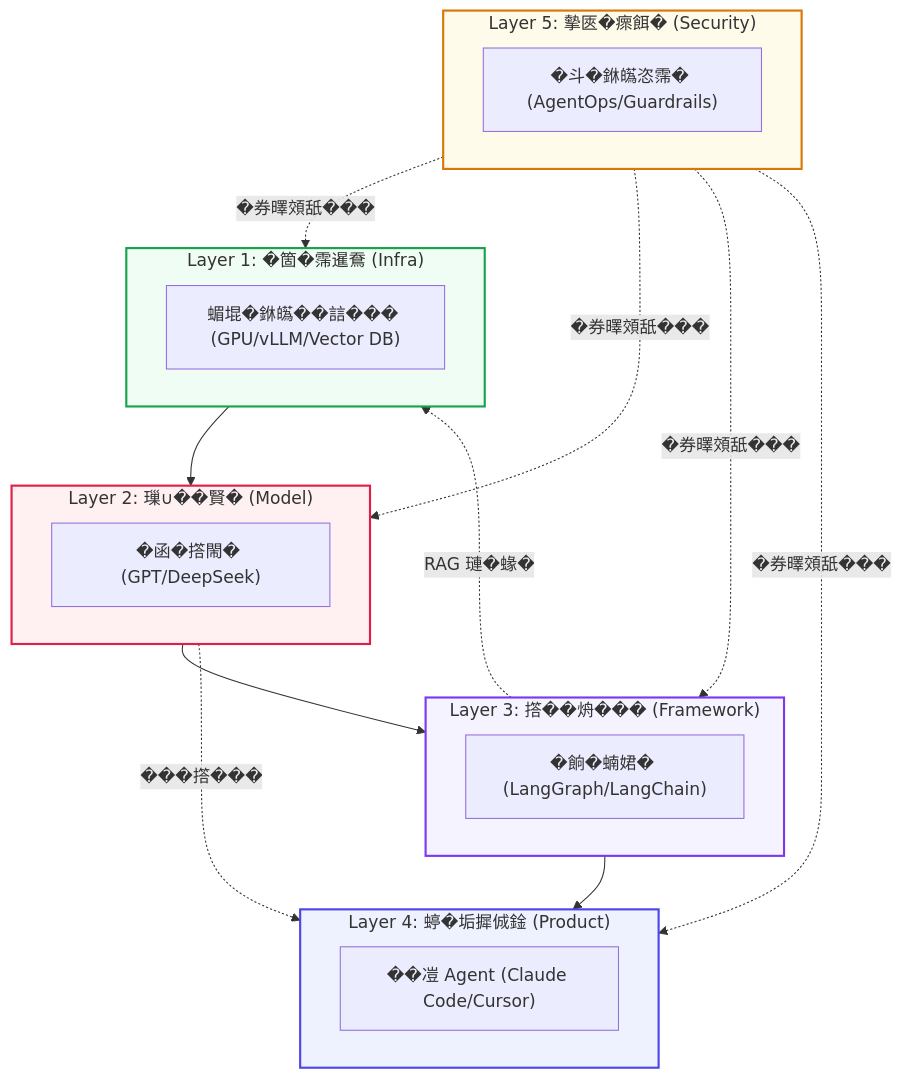
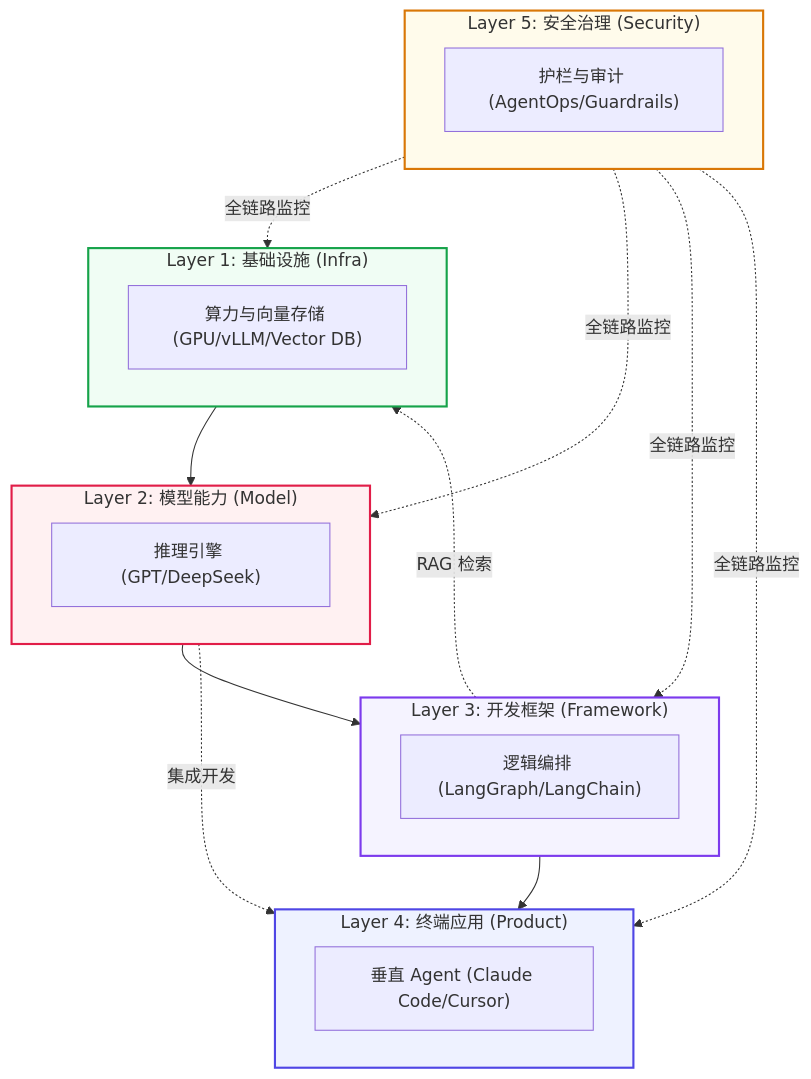
One commit to wangchong2023/lang-chain-graph changed the second of 13 diagrams in doc/AI_Knowledge_Roadmap.md. Above: the diagram before and after it, drawn with Mermaid. The commit also changed other lines of this file, not shown here.

Commit message:
docs: update AI knowledge roadmap with new learning resources and milestones

````diff
--- a/doc/AI_Knowledge_Roadmap.md
+++ b/doc/AI_Knowledge_Roadmap.md
@@ -83,39 +82,39 @@
 ```mermaid
 graph TD
-    subgraph P ["Layer 4: 蝏�垢摨𠉛鍂 (Product)"]
-        App["��凒 Agent (Claude Code/Cursor)"]
+    subgraph P ["Layer 4: 终端应用 (Product)"]
+        App["垂直 Agent (Claude Code/Cursor)"]
     end
 
-    subgraph F ["Layer 3: 撘��烐��� (Framework)"]
-        Framework["�餉�蝻𡝗� (LangGraph/LangChain)"]
+    subgraph F ["Layer 3: 开发框架 (Framework)"]
+        Framework["逻辑编排 (LangGraph/LangChain)"]
     end
 
-    subgraph M ["Layer 2: 璅∪��賢� (Model)"]
-        Model["�函�撘閙� (GPT/DeepSeek)"]
+    subgraph M ["Layer 2: 模型能力 (Model)"]
+        Model["推理引擎 (GPT/DeepSeek)"]
     end
 
-    subgraph I ["Layer 1: �箇�霈暹鴌 (Infra)"]
-        Infra["蝞堒�銝𤾸��誩��� (GPU/vLLM/Vector DB)"]
+    subgraph I ["Layer 1: 基础设施 (Infra)"]
+        Infra["算力与向量存储 (GPU/vLLM/Vector DB)"]
     end
 
-    subgraph G ["Layer 5: 摰匧�瘝餌� (Security)"]
-        Gov["�斗�銝𤾸恣霈� (AgentOps/Guardrails)"]
+    subgraph G ["Layer 5: 安全治理 (Security)"]
+        Gov["护栏与审计 (AgentOps/Guardrails)"]
     end
 
-    %% 蝥萄�靘肽��喟頂
+    %% 纵向依赖关系
     I --> M
     M --> F
     F --> P
     
-    %% 鈭支�蝏��
-    F -. "RAG 璉�蝝�" .-> I
-    M -. "���撘���" .-> P
-    G -. "�券曎頝舐���" .-> I & M & F & P
+    %% 交互细节
+    F -. "RAG 检索" .-> I
+    M -. "集成开发" .-> P
+    G -. "全链路监控" .-> I & M & F & P
 
-    %% �瑕�蝢𤾸�
+    %% 样式美化
     style P fill:#eef2ff,stroke:#4f46e5,stroke-width:2px
     style F fill:#f5f3ff,stroke:#7c3aed,stroke-width:2px
     style M fill:#fff1f2,stroke:#e11d48,stroke-width:2px
     style I fill:#f0fdf4,stroke:#16a34a,stroke-width:2px
     style G fill:#fffbeb,stroke:#d97706,stroke-width:2px
 ```
````
